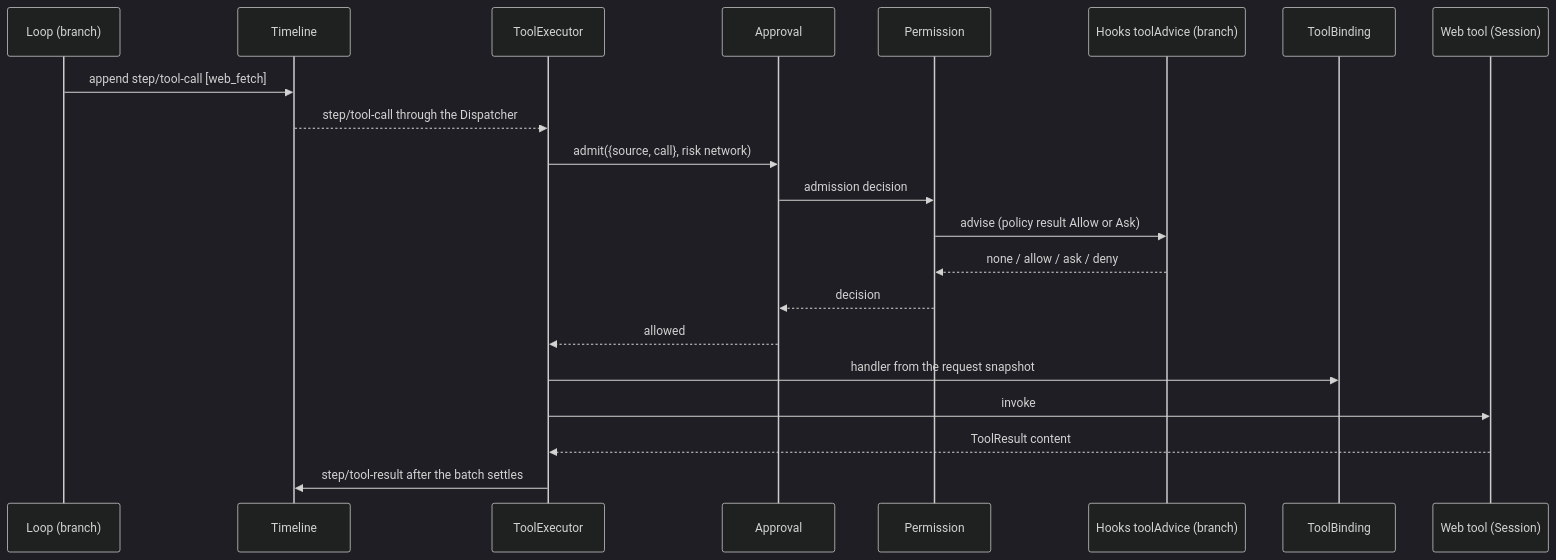
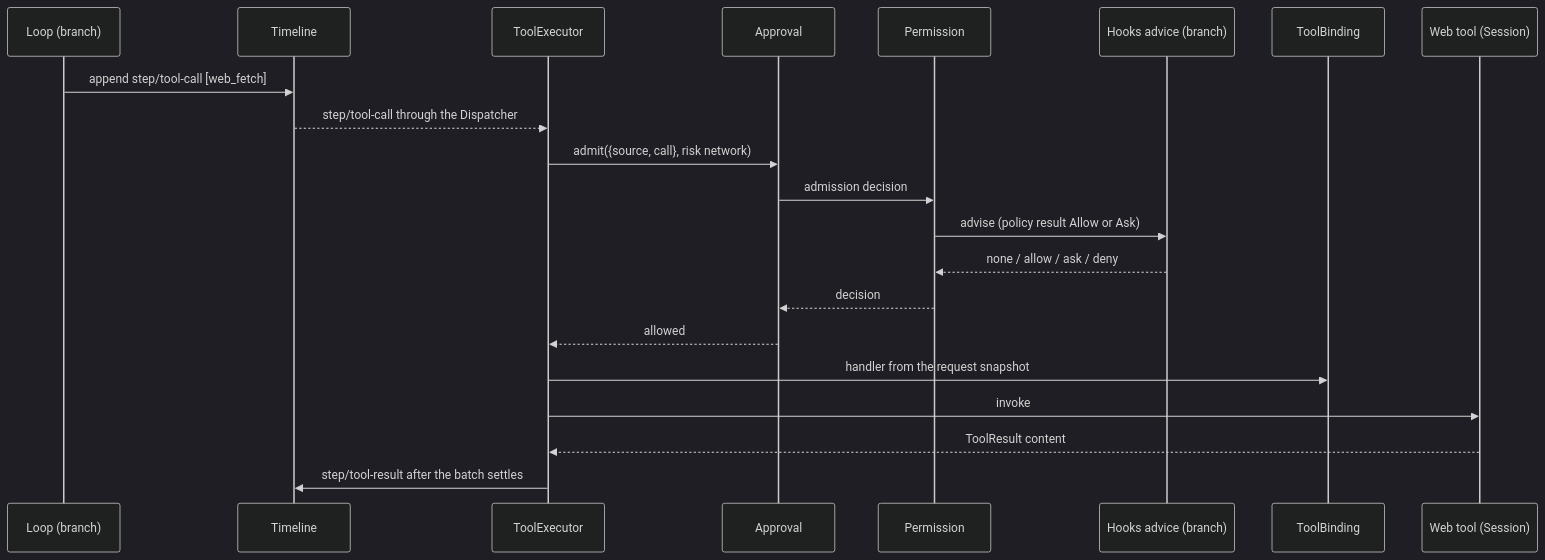
The third of 8 diagrams in docs/design/overview.md (CoutinhoTTS/dim-agent), drawn with Mermaid (dark theme) before and after one commit. The commit also changed other lines of this file and 11 other files, not shown here.

````diff
--- a/docs/design/overview.md
+++ b/docs/design/overview.md
@@ -184,23 +184,23 @@
 ```mermaid
 sequenceDiagram
   participant LP as Loop (branch)
   participant TL as Timeline
   participant TE as ToolExecutor
   participant AP as Approval
   participant PM as Permission
-  participant HK as Hooks toolAdvice (branch)
+  participant HK as Hooks advice (branch)
   participant TB as ToolBinding
   participant W as Web tool (Session)
   LP->>TL: append step/tool-call [web_fetch]
   TL-->>TE: step/tool-call through the Dispatcher
   TE->>AP: admit({source, call}, risk network)
   AP->>PM: admission decision
   PM->>HK: advise (policy result Allow or Ask)
   HK-->>PM: none / allow / ask / deny
   PM-->>AP: decision
   AP-->>TE: allowed
   TE->>TB: handler from the request snapshot
   TE->>W: invoke
   W-->>TE: ToolResult content
   TE->>TL: step/tool-result after the batch settles
 ```
````
